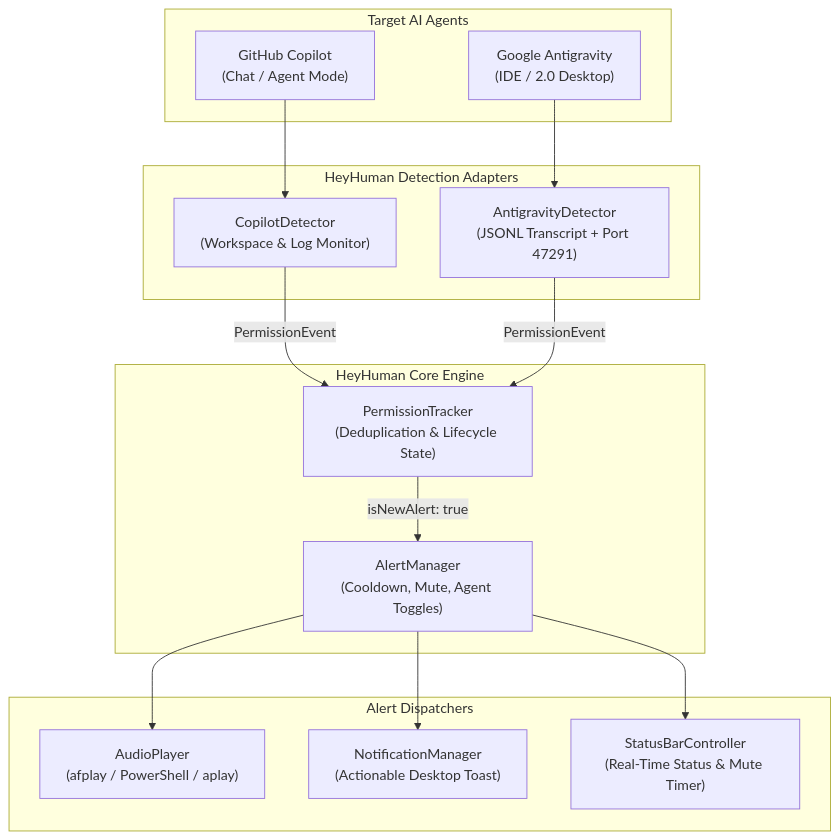
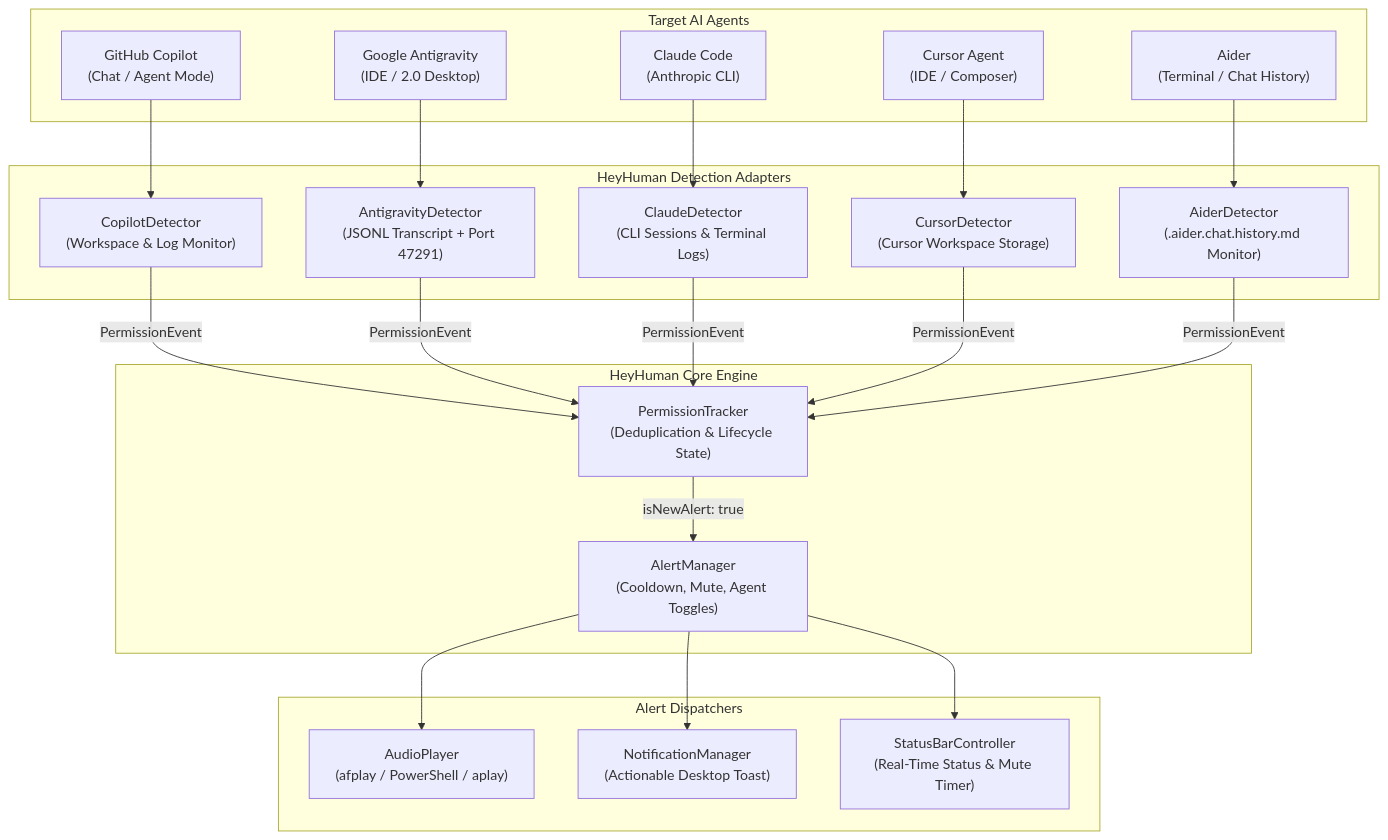
One commit to akdey/HeyHuman changed the diagram in README.md. Above: the diagram before and after it, drawn with Mermaid. The commit also changed other lines of this file and 11 other files, not shown here.

Commit message:
feat: add Claude Code, Cursor, and Aider agent detectors (v1.1.0)

````diff
--- a/README.md
+++ b/README.md
@@ -39,32 +39,44 @@
 ```mermaid
 flowchart TD
     subgraph Agents ["Target AI Agents"]
         Copilot["GitHub Copilot<br/>(Chat / Agent Mode)"]
         Antigravity["Google Antigravity<br/>(IDE / 2.0 Desktop)"]
+        Claude["Claude Code<br/>(Anthropic CLI)"]
+        Cursor["Cursor Agent<br/>(IDE / Composer)"]
+        Aider["Aider<br/>(Terminal / Chat History)"]
     end
 
     subgraph Detectors ["HeyHuman Detection Adapters"]
         CD["CopilotDetector<br/>(Workspace & Log Monitor)"]
         AGD["AntigravityDetector<br/>(JSONL Transcript + Port 47291)"]
+        CLD["ClaudeDetector<br/>(CLI Sessions & Terminal Logs)"]
+        CURD["CursorDetector<br/>(Cursor Workspace Storage)"]
+        AIDD["AiderDetector<br/>(.aider.chat.history.md Monitor)"]
     end
 
     subgraph Core ["HeyHuman Core Engine"]
         PT["PermissionTracker<br/>(Deduplication & Lifecycle State)"]
         AM["AlertManager<br/>(Cooldown, Mute, Agent Toggles)"]
     end
 
     subgraph Alerts ["Alert Dispatchers"]
         AP["AudioPlayer<br/>(afplay / PowerShell / aplay)"]
         NM["NotificationManager<br/>(Actionable Desktop Toast)"]
         SB["StatusBarController<br/>(Real-Time Status & Mute Timer)"]
     end
 
     Copilot --> CD
     Antigravity --> AGD
+    Claude --> CLD
+    Cursor --> CURD
+    Aider --> AIDD
     CD -->|PermissionEvent| PT
     AGD -->|PermissionEvent| PT
+    CLD -->|PermissionEvent| PT
+    CURD -->|PermissionEvent| PT
+    AIDD -->|PermissionEvent| PT
     PT -->|isNewAlert: true| AM
     AM --> AP
     AM --> NM
     AM --> SB
 ```
````
